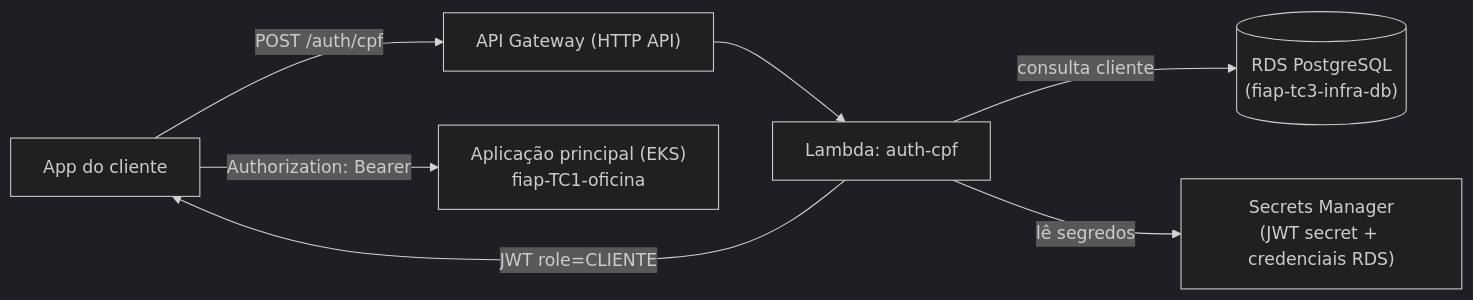
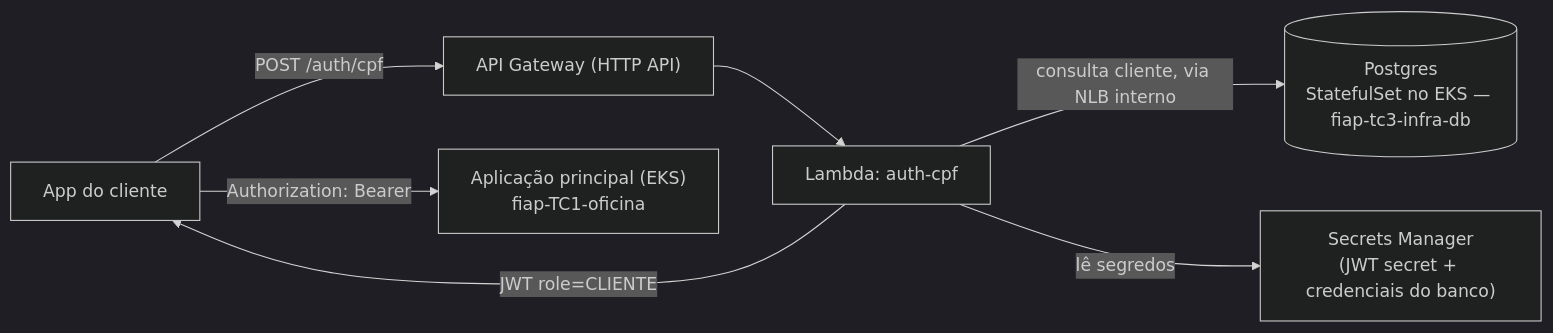
One commit to MatVicDev/fiap-tc3-lambda-auth changed the diagram in README.md. Above: the diagram before and after it, drawn with Mermaid (dark theme). The commit also changed other lines of this file, not shown here.

Commit message:
docs: atualiza README para refletir Postgres no EKS em vez de RDS

````diff
--- a/README.md
+++ b/README.md
@@ -29,9 +29,9 @@
 ```mermaid
 flowchart LR
     Cliente["App do cliente"] -->|POST /auth/cpf| APIGW["API Gateway (HTTP API)"]
     APIGW --> Lambda["Lambda: auth-cpf"]
-    Lambda -->|consulta cliente| RDS[("RDS PostgreSQL\n(fiap-tc3-infra-db)")]
-    Lambda -->|lê segredos| SM["Secrets Manager\n(JWT secret + credenciais RDS)"]
+    Lambda -->|consulta cliente, via NLB interno| DB[("Postgres\nStatefulSet no EKS — fiap-tc3-infra-db")]
+    Lambda -->|lê segredos| SM["Secrets Manager\n(JWT secret + credenciais do banco)"]
     Lambda -->|JWT role=CLIENTE| Cliente
     Cliente -->|Authorization: Bearer| App["Aplicação principal (EKS)\nfiap-TC1-oficina"]
 ```
````
